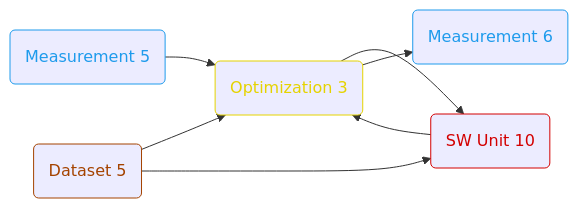
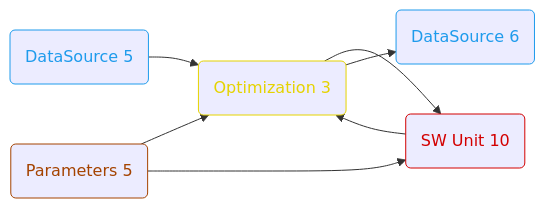
Before and after one commit to olympus-tools/ARES: the fourth of 6 diagrams in README.md, drawn with Mermaid. The commit also changed other lines of this file and 8 other files, not shown here.

````diff
--- a/README.md
+++ b/README.md
@@ -149,24 +149,24 @@
 ```mermaid
 flowchart LR
 
-    MEAS5(Measurement 5) --> OPT3(Optimization 3)
-    DS5(Dataset 5) --> OPT3
+    MEAS5(DataSource 5) --> OPT3(Optimization 3)
+    PARAM5(Parameters 5) --> OPT3
     OPT3 --> SWU10(SW Unit 10)
-    DS5 --> SWU10
+    PARAM5 --> SWU10
     SWU10 --> OPT3
-    OPT3 --> MEAS6(Measurement 6)
+    OPT3 --> MEAS6(DataSource 6)
 
-    classDef Dataset           color:#a44300, stroke:#a44300;
-    classDef Measurement        color:#1e9bec, stroke:#1e9bec;
+    classDef Parameters        color:#a44300, stroke:#a44300;
+    classDef DataSource        color:#1e9bec, stroke:#1e9bec;
     classDef SW_Unit           color:#d30000, stroke:#d30000;
     classDef Test              color:#2eb400, stroke:#2eb400;
     classDef Plot              color:#ad00d0, stroke:#ad00d0;
     classDef Optimization      color:#e5d300, stroke:#e5d300;
 
-    class DS5 Dataset;
-    class MEAS5 Measurement;
-    class MEAS6 Measurement;
+    class PARAM5 Parameters;
+    class MEAS5 DataSource;
+    class MEAS6 DataSource;
     class SWU10 SW_Unit;
     class OPT3 Optimization;
 
 ```
````
